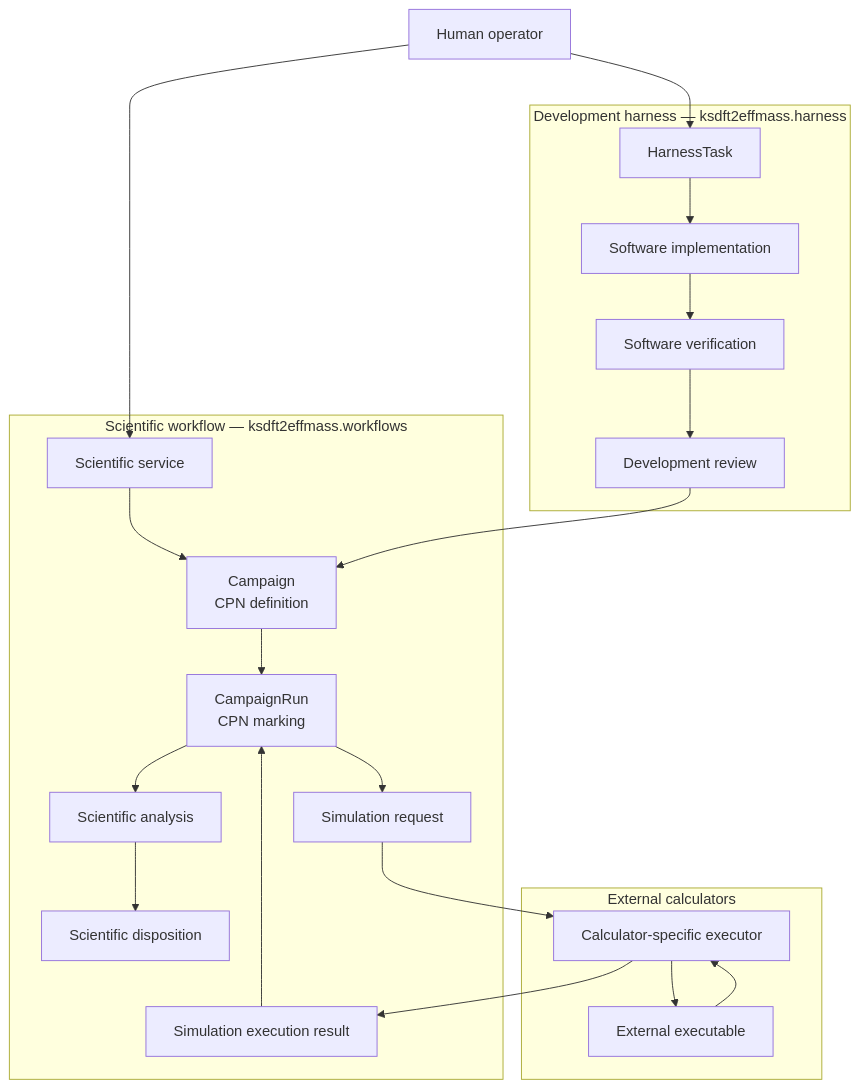
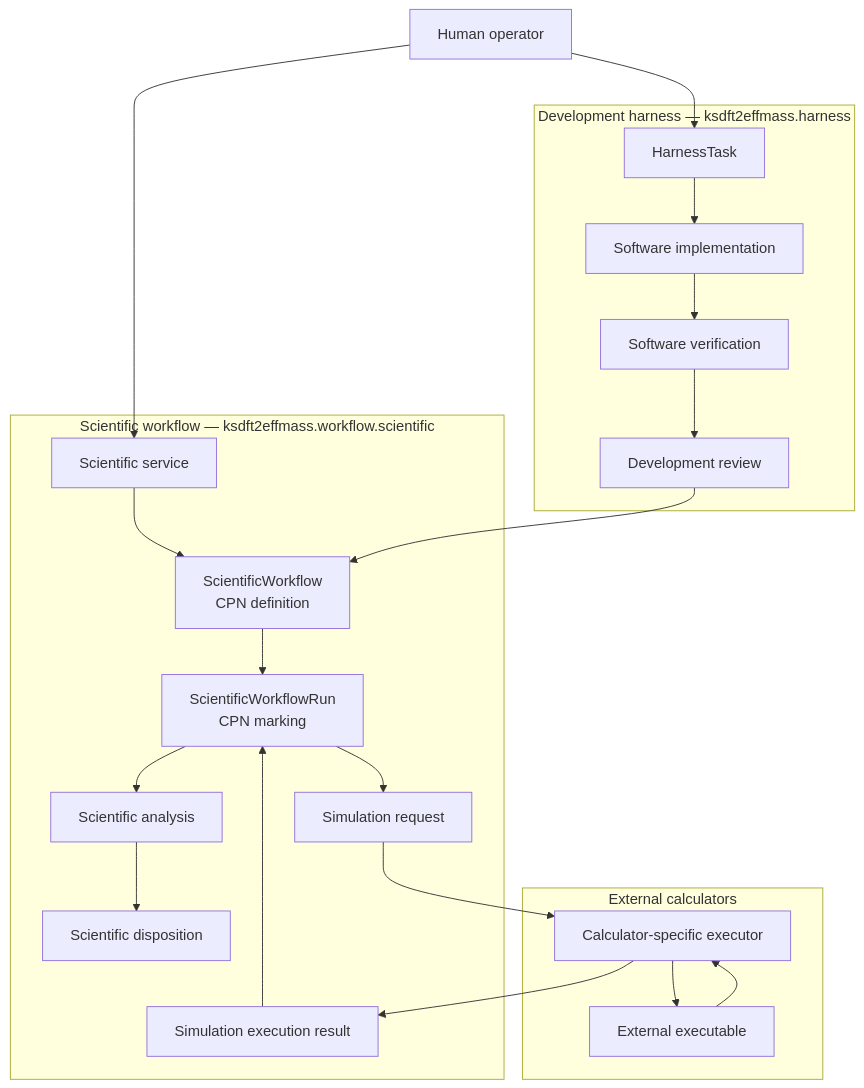
Before and after one commit to eragasa/ksdft2effmass: the first of 2 diagrams in docs/architecture/v2/separation-of-harness-and-workflow.md, drawn with Mermaid. The commit also changed other lines of this file and 85 other files, not shown here.

Commit message:
docs(architecture): define workflow and harness agent v2

````diff
--- a/docs/architecture/v2/separation-of-harness-and-workflow.md
+++ b/docs/architecture/v2/separation-of-harness-and-workflow.md
@@ -12,46 +12,46 @@
 ```mermaid
 flowchart TB
     HUMAN["Human operator"]
 
     subgraph BOOTSTRAP["Development harness — ksdft2effmass.harness"]
         DTASK["HarnessTask"]
         IMPLEMENT["Software implementation"]
         VERIFY["Software verification"]
         REVIEW["Development review"]
 
         DTASK --> IMPLEMENT
         IMPLEMENT --> VERIFY
         VERIFY --> REVIEW
     end
 
-    subgraph WORKFLOWS["Scientific workflow — ksdft2effmass.workflows"]
+    subgraph WORKFLOWS["Scientific workflow — ksdft2effmass.workflow.scientific"]
         SERVICE["Scientific service"]
-        CAMPAIGN["Campaign<br/>CPN definition"]
-        RUN["CampaignRun<br/>CPN marking"]
+        WORKFLOW["ScientificWorkflow<br/>CPN definition"]
+        RUN["ScientificWorkflowRun<br/>CPN marking"]
         REQUEST["Simulation request"]
         RESULT["Simulation execution result"]
         ANALYSIS["Scientific analysis"]
         DISPOSITION["Scientific disposition"]
 
-        SERVICE --> CAMPAIGN
-        CAMPAIGN --> RUN
+        SERVICE --> WORKFLOW
+        WORKFLOW --> RUN
         RUN --> REQUEST
         RESULT --> RUN
         RUN --> ANALYSIS
         ANALYSIS --> DISPOSITION
     end
 
     subgraph CALCULATORS["External calculators"]
         EXECUTOR["Calculator-specific executor"]
         PROGRAM["External executable"]
 
         EXECUTOR --> PROGRAM
         PROGRAM --> EXECUTOR
     end
 
     HUMAN --> DTASK
     HUMAN --> SERVICE
-    REVIEW --> CAMPAIGN
+    REVIEW --> WORKFLOW
     REQUEST --> EXECUTOR
     EXECUTOR --> RESULT
 ```
````
